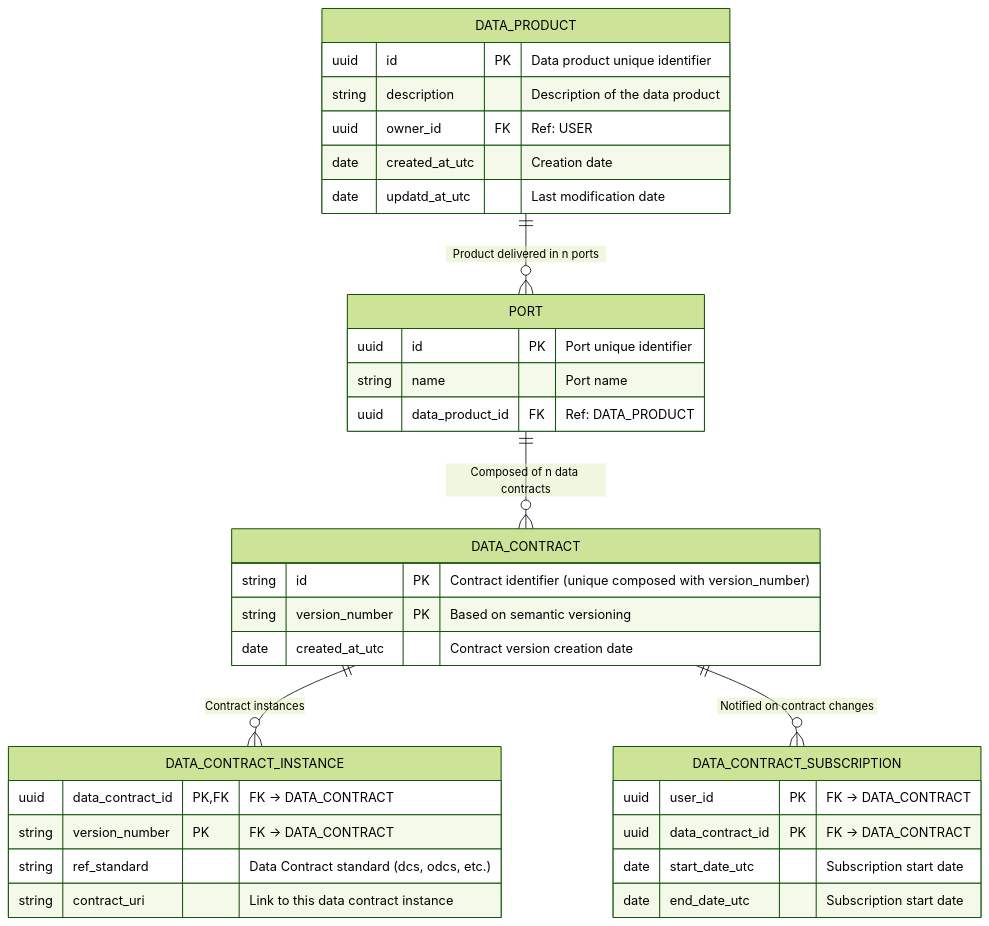
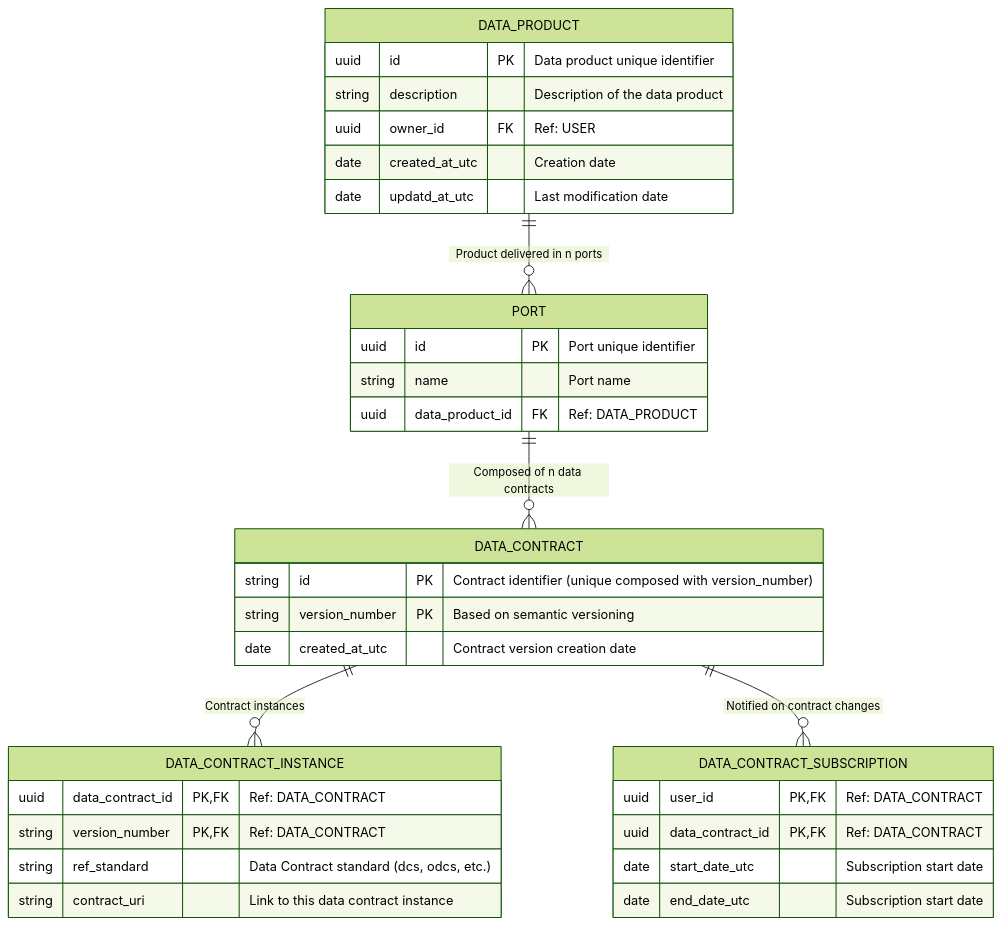
Before and after one commit to monmaya/base-impl: the diagram in docs/relational_model.md, drawn with Mermaid (forest theme).

````diff
--- a/docs/relational_model.md
+++ b/docs/relational_model.md
@@ -5,46 +5,46 @@
 ```mermaid
 
 erDiagram
 
     DATA_PRODUCT {
         uuid id PK "Data product unique identifier"
         string description "Description of the data product"
         uuid owner_id FK "Ref: USER"
         date created_at_utc "Creation date"
         date updatd_at_utc "Last modification date"
     }
 
     PORT {
         uuid id PK "Port unique identifier"
         string name "Port name"
         uuid data_product_id FK "Ref: DATA_PRODUCT"
     }
 
     DATA_CONTRACT {
         string id PK "Contract identifier (unique composed with version_number)"
         string version_number PK "Based on semantic versioning"
         date created_at_utc "Contract version creation date"
     }
 
     DATA_CONTRACT_INSTANCE {
-        uuid data_contract_id PK, FK "FK -> DATA_CONTRACT"
-        string version_number PK "FK -> DATA_CONTRACT"
+        uuid data_contract_id PK, FK "Ref: DATA_CONTRACT"
+        string version_number PK, FK "Ref: DATA_CONTRACT"
         string ref_standard "Data Contract standard (dcs, odcs, etc.)"
         string contract_uri "Link to this data contract instance"
     }
     
     DATA_CONTRACT_SUBSCRIPTION {
-        uuid user_id PK "FK -> DATA_CONTRACT"
-        uuid data_contract_id PK "FK -> DATA_CONTRACT"
+        uuid user_id PK, FK "Ref: DATA_CONTRACT"
+        uuid data_contract_id PK, FK "Ref: DATA_CONTRACT"
         date start_date_utc "Subscription start date"
         date end_date_utc "Subscription start date"
     }
 
 
     DATA_PRODUCT ||--o{ PORT : "Product delivered in n ports"
     PORT ||--o{ DATA_CONTRACT : "Composed of n data contracts"
     DATA_CONTRACT ||--o{ DATA_CONTRACT_INSTANCE : "Contract instances"
     DATA_CONTRACT ||--o{ DATA_CONTRACT_SUBSCRIPTION : "Notified on contract changes"
 
 
   ```
````
